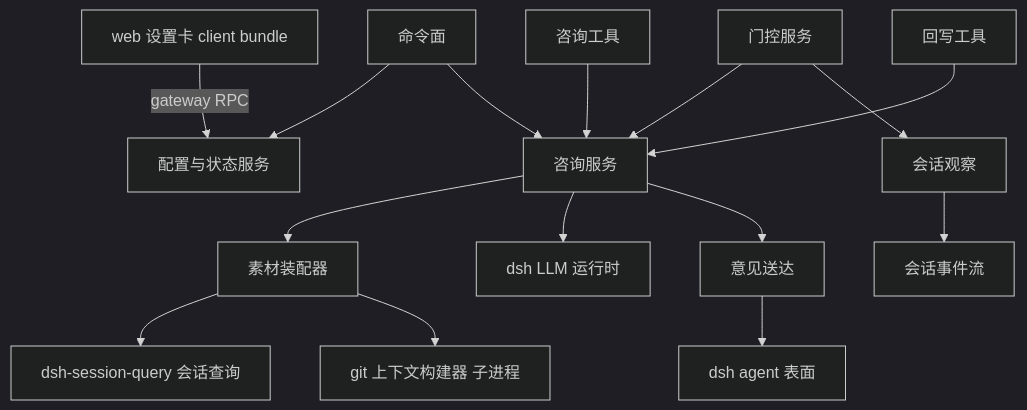
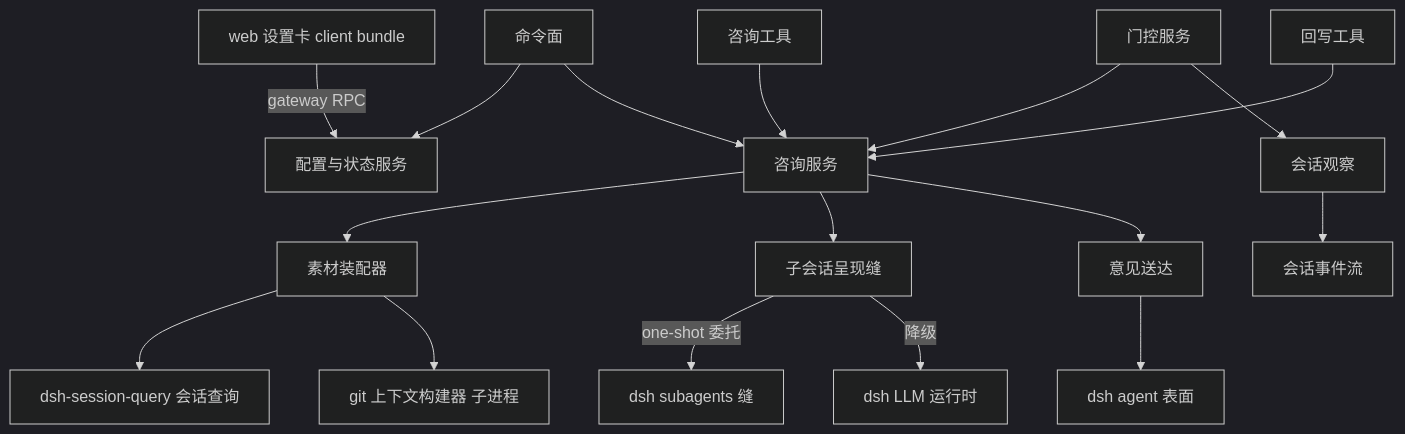
Before and after one commit to ccll/dsh-advisor-flow: the ninth of 9 diagrams in SOLUTION.md, drawn with Mermaid (dark theme). The commit also changed other lines of this file and 17 other files, not shown here.

First line of the commit message:
⭐ 功能(advisor-flow): 咨询以 one-shot 子会话呈现，直调降级保留

````diff
--- a/SOLUTION.md
+++ b/SOLUTION.md
@@ -302,17 +305,19 @@
 ```mermaid
 flowchart TD
     card[web 设置卡 client bundle] -->|gateway RPC| cfg[配置与状态服务]
     cmd[命令面] --> cfg
     cmd --> consult[咨询服务]
     tool[咨询工具] --> consult
     ot[回写工具] --> consult
     gates[门控服务] --> consult
     gates --> obs[会话观察]
     consult --> mat[素材装配器]
     mat --> sq[dsh-session-query 会话查询]
     mat --> git[git 上下文构建器 子进程]
     obs --> transcript[会话事件流]
-    consult --> llm[dsh LLM 运行时]
+    consult --> present[子会话呈现缝]
+    present -->|one-shot 委托| subag[dsh subagents 缝]
+    present -->|降级| llm[dsh LLM 运行时]
     deliver[意见送达] --> agent[dsh agent 表面]
     consult --> deliver
 ```
````
